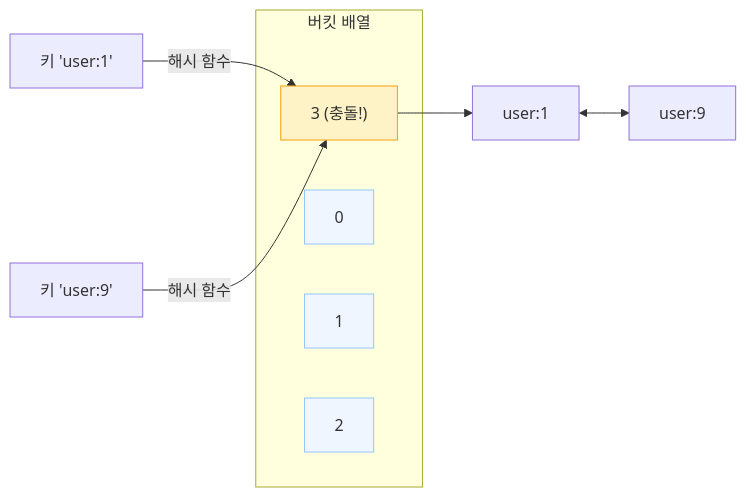
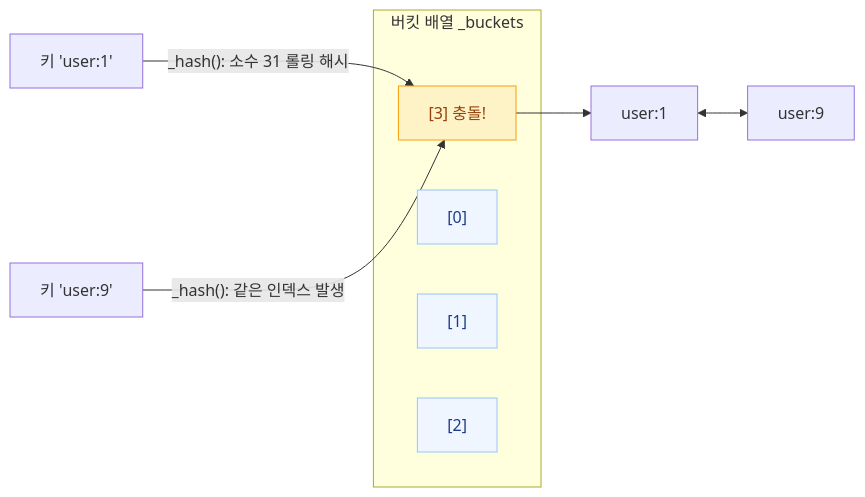
Before and after one commit to nick19850906-debug/5-1-Mini-Redis: the second of 2 diagrams in README.md, drawn with Mermaid. The commit also changed other lines of this file and 4 other files, not shown here.

````diff
--- a/README.md
+++ b/README.md
@@ -85,14 +92,14 @@
 ```mermaid
 flowchart LR
-    K1["키 'user:1'"] -->|해시 함수| B3
-    K2["키 'user:9'"] -->|해시 함수| B3
-    subgraph 버킷 배열
-      B0[0]:::e
-      B1[1]:::e
-      B2[2]:::e
-      B3["3 (충돌!)"]:::c
+    K1["키 'user:1'"] -->|"_hash(): 소수 31 롤링 해시"| B3
+    K2["키 'user:9'"] -->|"_hash(): 같은 인덱스 발생"| B3
+    subgraph 버킷 배열 _buckets
+      B0["[0]"]:::e
+      B1["[1]"]:::e
+      B2["[2]"]:::e
+      B3["[3] 충돌!"]:::c
     end
     B3 --> N1["user:1"] <--> N2["user:9"]
-    classDef e fill:#eff6ff,stroke:#93c5fd
-    classDef c fill:#fef3c7,stroke:#f59e0b
+    classDef e fill:#eff6ff,stroke:#93c5fd,color:#1e3a8a
+    classDef c fill:#fef3c7,stroke:#f59e0b,color:#92400e
 ```
````
